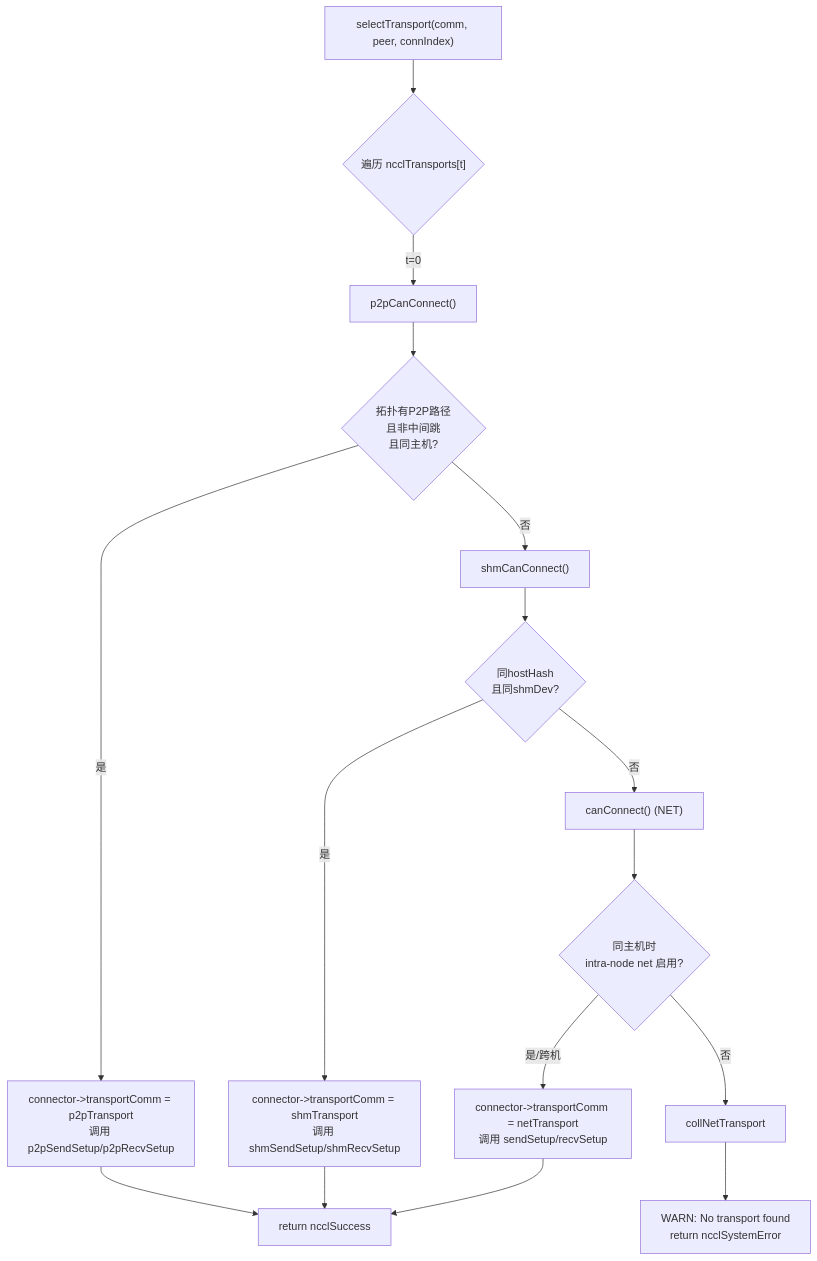
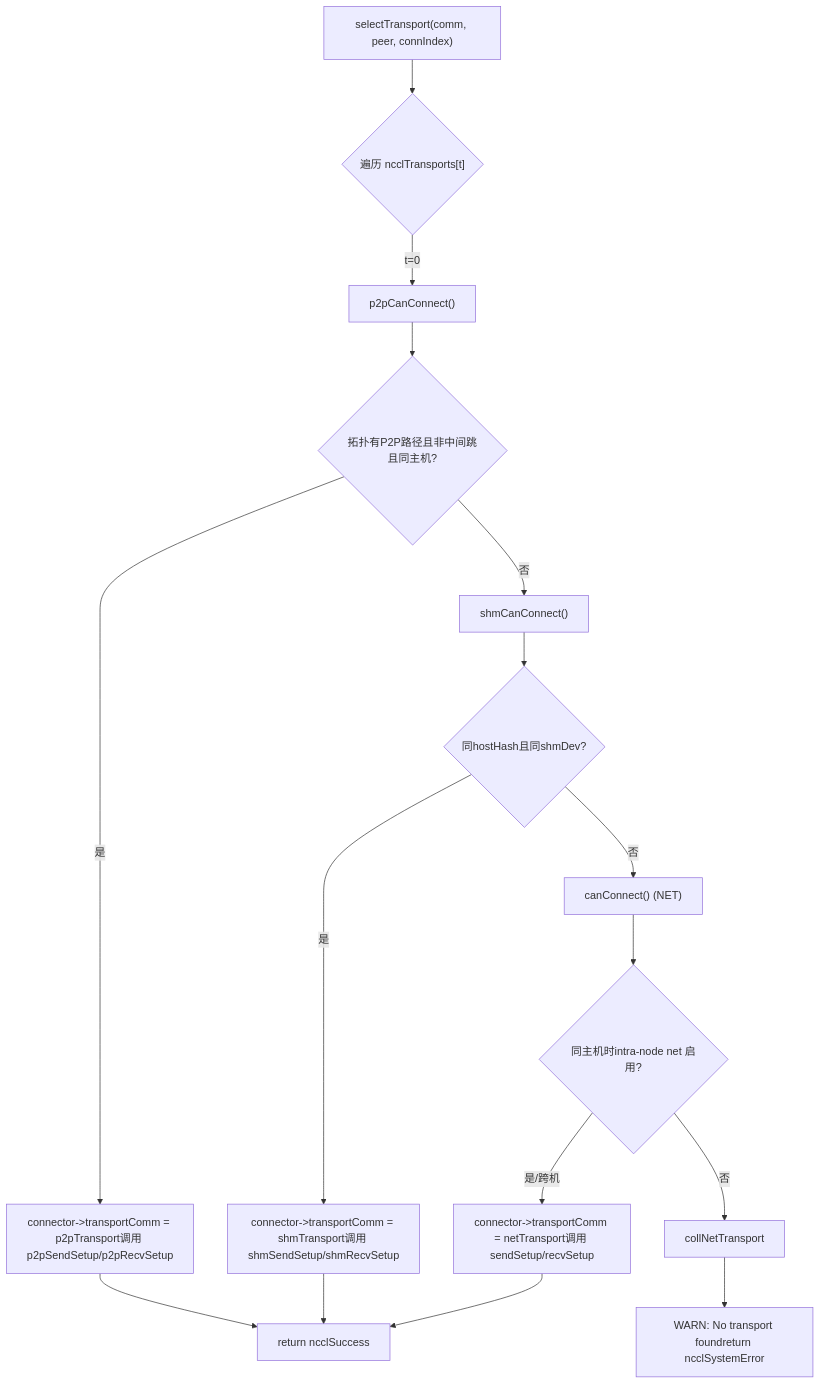
One commit to maleRjc/AiReadCodeBooks changed the first of 2 diagrams in books/nccl/en/11-transport-layer-p2p-shm-net-nvls.md. Above: the diagram before and after it, drawn with Mermaid. The commit also changed other lines of this file and 80 other files, not shown here.

````diff
--- a/books/nccl/en/11-transport-layer-p2p-shm-net-nvls.md
+++ b/books/nccl/en/11-transport-layer-p2p-shm-net-nvls.md
@@ -157,18 +154,18 @@
 ```mermaid
 flowchart TD
     start["selectTransport(comm, peer, connIndex)"] --> loop{"遍历 ncclTransports[t]"}
     loop -->|t=0| p2p["p2pCanConnect()"]
-    p2p --> p2p_chk{"拓扑有P2P路径<br/>且非中间跳<br/>且同主机?"}
-    p2p_chk -->|是| use_p2p["connector->transportComm = p2pTransport<br/>调用 p2pSendSetup/p2pRecvSetup"]
+    p2p --> p2p_chk{"拓扑有P2P路径且非中间跳且同主机?"}
+    p2p_chk -->|是| use_p2p["connector->transportComm = p2pTransport调用 p2pSendSetup/p2pRecvSetup"]
     p2p_chk -->|否| shm["shmCanConnect()"]
-    shm --> shm_chk{"同hostHash<br/>且同shmDev?"}
-    shm_chk -->|是| use_shm["connector->transportComm = shmTransport<br/>调用 shmSendSetup/shmRecvSetup"]
+    shm --> shm_chk{"同hostHash且同shmDev?"}
+    shm_chk -->|是| use_shm["connector->transportComm = shmTransport调用 shmSendSetup/shmRecvSetup"]
     shm_chk -->|否| net["canConnect() (NET)"]
-    net --> net_chk{"同主机时<br/>intra-node net 启用?"}
-    net_chk -->|是/跨机| use_net["connector->transportComm = netTransport<br/>调用 sendSetup/recvSetup"]
+    net --> net_chk{"同主机时intra-node net 启用?"}
+    net_chk -->|是/跨机| use_net["connector->transportComm = netTransport调用 sendSetup/recvSetup"]
     net_chk -->|否| collnet["collNetTransport"]
-    collnet --> fail["WARN: No transport found<br/>return ncclSystemError"]
+    collnet --> fail["WARN: No transport foundreturn ncclSystemError"]
     use_p2p --> done["return ncclSuccess"]
     use_shm --> done
     use_net --> done
 ```
````
